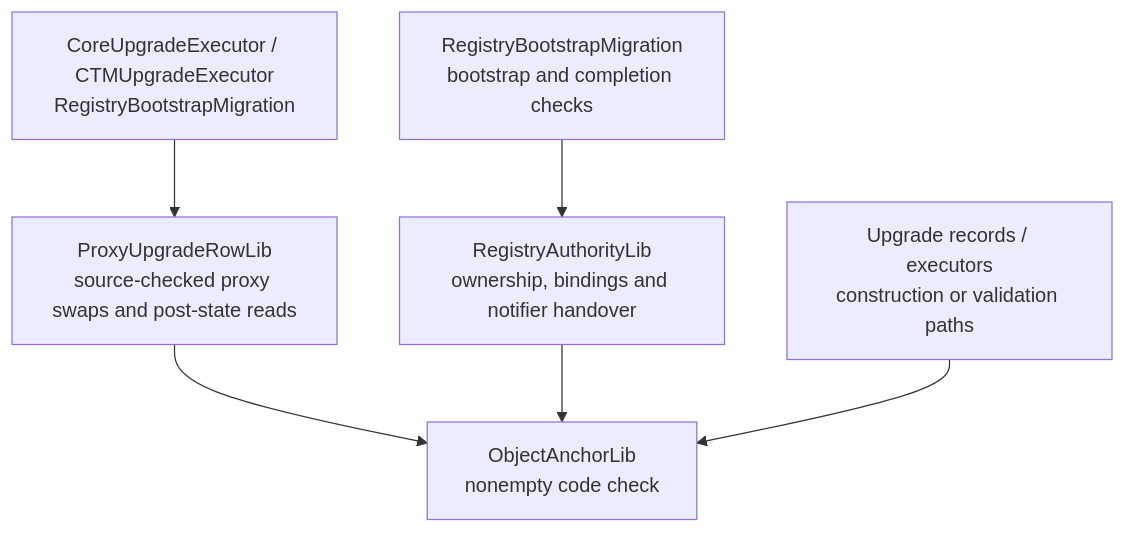
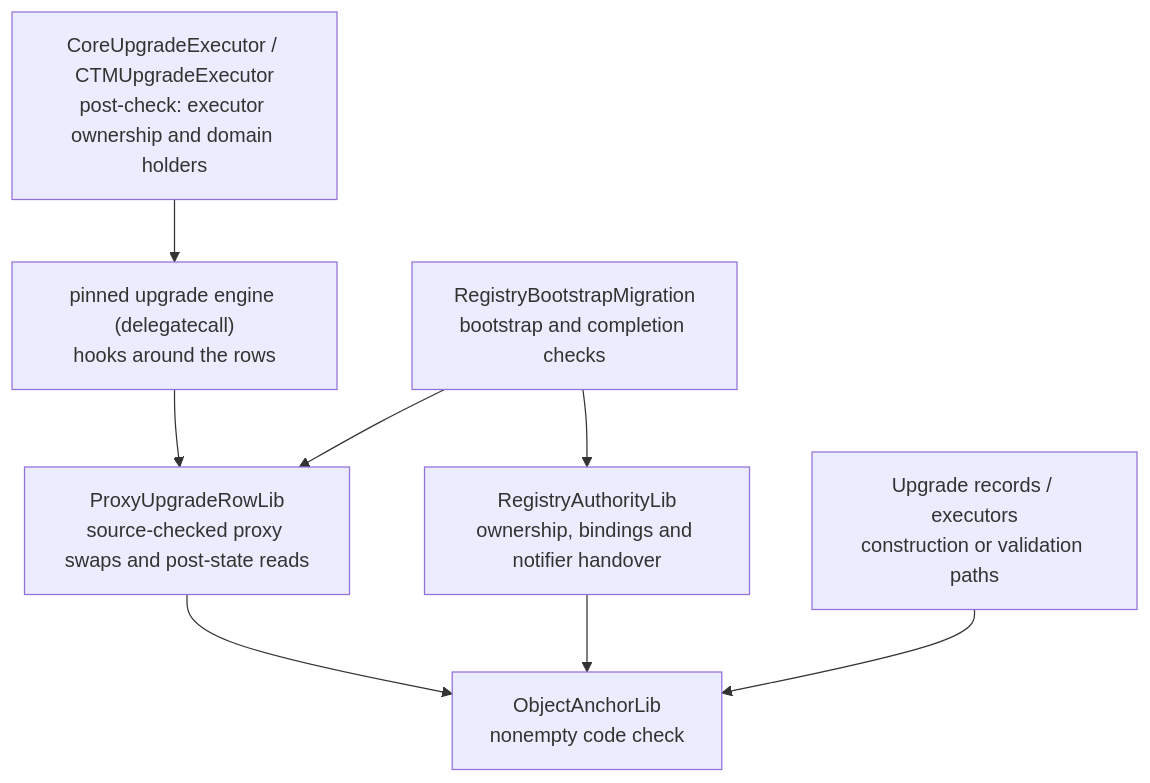
Before and after one commit to matter-labs/era-contracts: the fifth of 10 diagrams in docs/registry-driven-upgrades.md, drawn with Mermaid. The commit also changed other lines of this file and 7 other files, not shown here.

First line of the commit message:
fix(upgrade-engine): pin the CTM and ServerNotifier proxy admins in the holder check

````diff
--- a/docs/registry-driven-upgrades.md
+++ b/docs/registry-driven-upgrades.md
@@ -309,15 +313,18 @@
 ```mermaid
 flowchart TB
-    APPLIERS["CoreUpgradeExecutor / CTMUpgradeExecutor<br/>RegistryBootstrapMigration"]
+    EXECUTORS["CoreUpgradeExecutor / CTMUpgradeExecutor<br/>post-check: executor ownership and domain holders"]
+    ENGINE["pinned upgrade engine (delegatecall)<br/>hooks around the rows"]
     ROWS["ProxyUpgradeRowLib<br/>source-checked proxy swaps and post-state reads"]
     BOOT["RegistryBootstrapMigration<br/>bootstrap and completion checks"]
     AUTH["RegistryAuthorityLib<br/>ownership, bindings and notifier handover"]
     OBJECTS["Upgrade records / executors<br/>construction or validation paths"]
     CODE["ObjectAnchorLib<br/>nonempty code check"]
 
-    APPLIERS --> ROWS
+    EXECUTORS --> ENGINE
+    ENGINE --> ROWS
+    BOOT --> ROWS
     BOOT --> AUTH
     ROWS --> CODE
     AUTH --> CODE
     OBJECTS --> CODE
 ```
````
